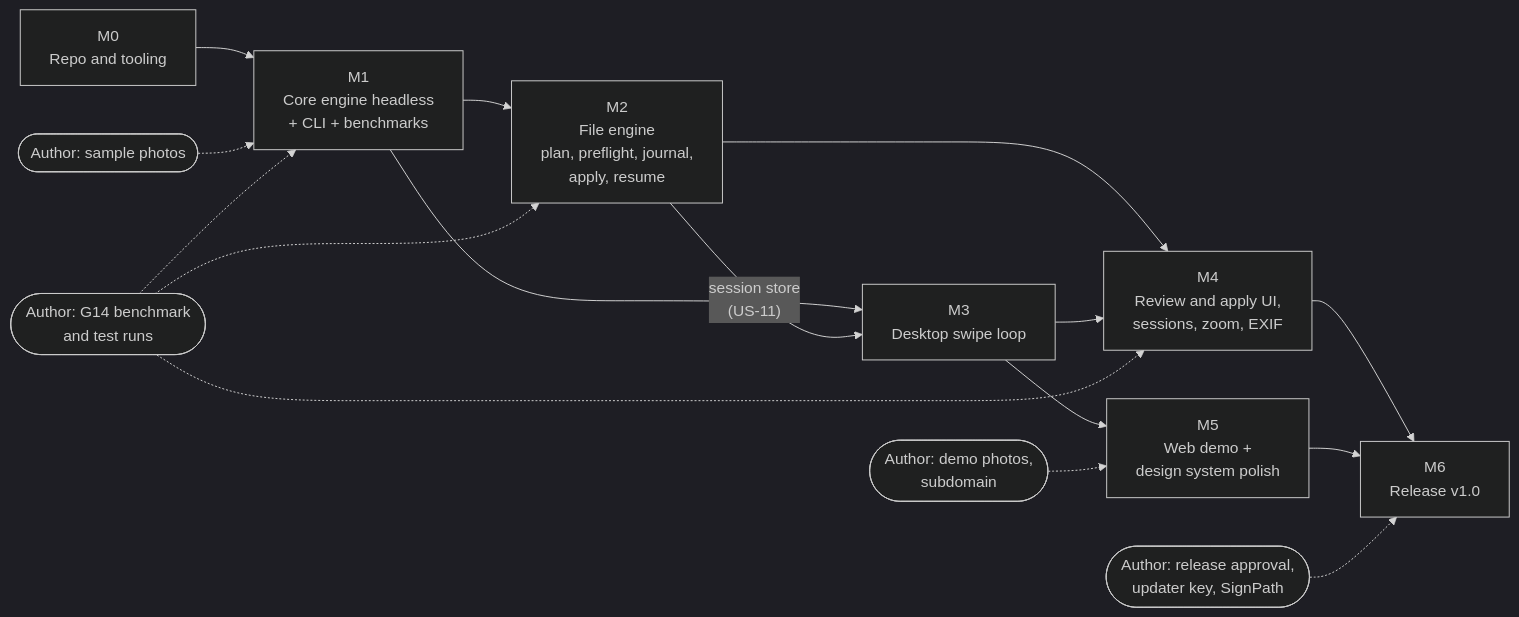
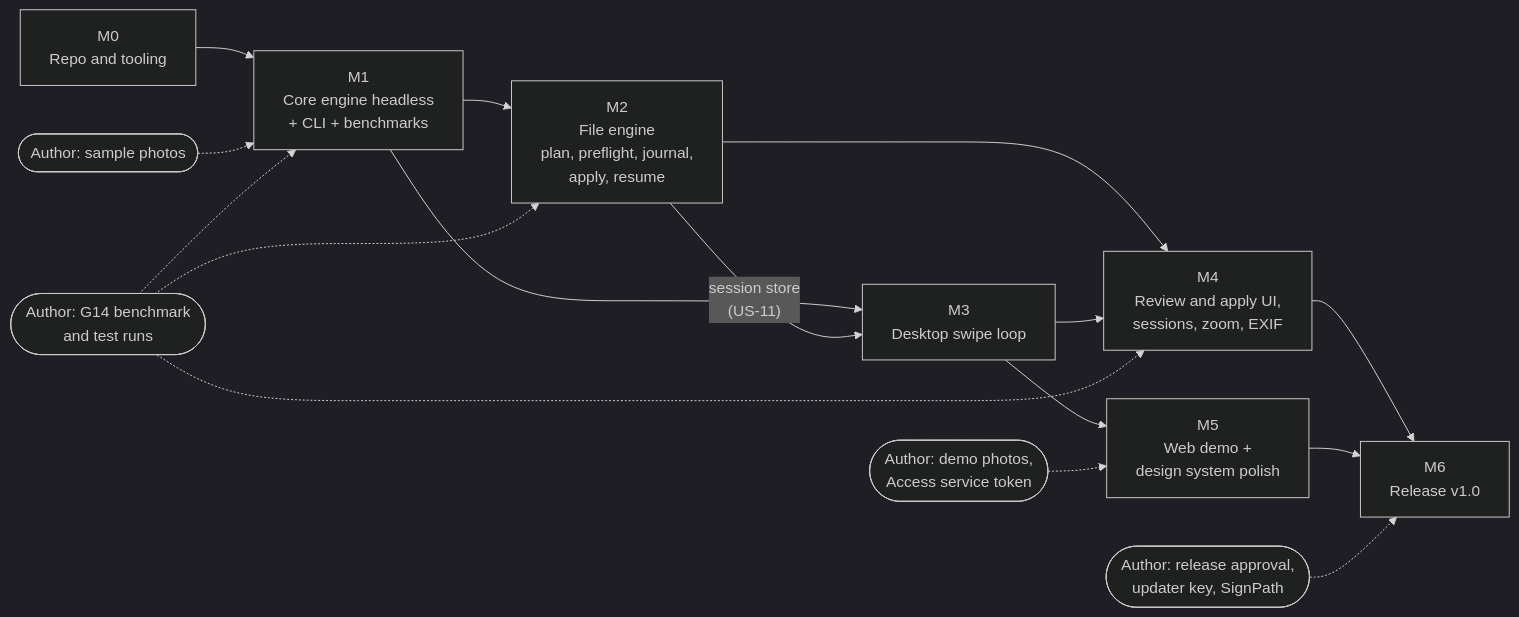
One commit to margaux-faurie/culla changed the diagram in docs/roadmap.md. Above: the diagram before and after it, drawn with Mermaid (dark theme). The commit also changed other lines of this file and 5 other files, not shown here.

````diff
--- a/docs/roadmap.md
+++ b/docs/roadmap.md
@@ -9,19 +9,19 @@
 ```mermaid
 flowchart LR
   M0["M0<br/>Repo and tooling"] --> M1["M1<br/>Core engine headless<br/>+ CLI + benchmarks"]
   M1 --> M2["M2<br/>File engine<br/>plan, preflight, journal,<br/>apply, resume"]
   M1 --> M3["M3<br/>Desktop swipe loop"]
   M2 -- "session store<br/>(US-11)" --> M3
   M2 --> M4["M4<br/>Review and apply UI,<br/>sessions, zoom, EXIF"]
   M3 --> M4
   M3 --> M5["M5<br/>Web demo +<br/>design system polish"]
   M4 --> M6["M6<br/>Release v1.0"]
   M5 --> M6
 
   A1(["Author: sample photos"]) -.-> M1
   A2(["Author: G14 benchmark<br/>and test runs"]) -.-> M1
   A2 -.-> M2
   A2 -.-> M4
-  A3(["Author: demo photos,<br/>subdomain"]) -.-> M5
+  A3(["Author: demo photos,<br/>Access service token"]) -.-> M5
   A4(["Author: release approval,<br/>updater key, SignPath"]) -.-> M6
 ```
````
